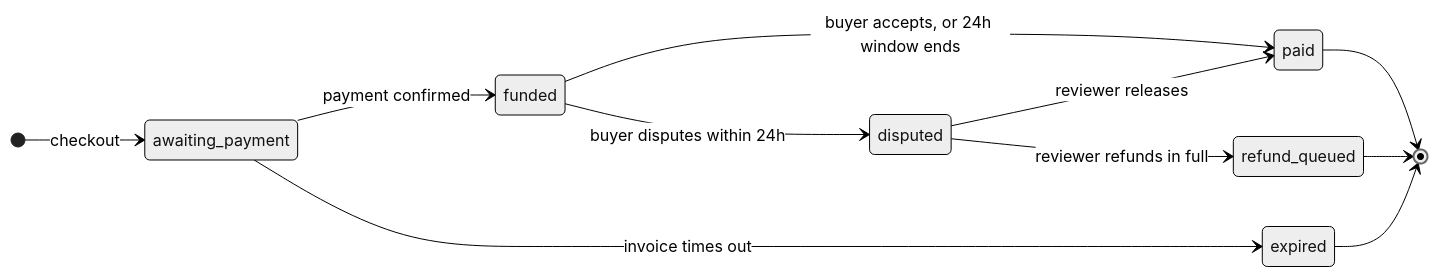
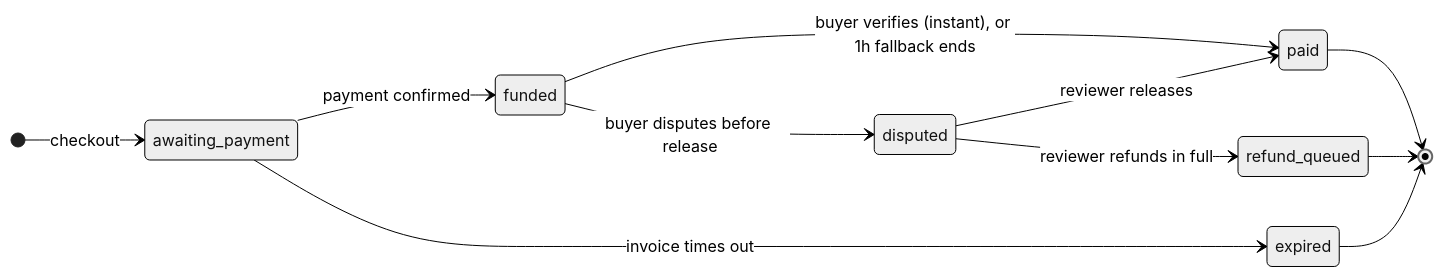
One commit to Timioni001/Gallery-Arcana changed the second of 3 diagrams in HACKATHON.md. Above: the diagram before and after it, drawn with Mermaid (neutral theme). The commit also changed other lines of this file and 12 other files, not shown here.

First line of the commit message:
Instant release on verified delivery; 1-hour fallback

````diff
--- a/HACKATHON.md
+++ b/HACKATHON.md
@@ -140,14 +140,14 @@
 ```mermaid
 stateDiagram-v2
     direction LR
     [*] --> awaiting_payment: checkout
     awaiting_payment --> expired: invoice times out
     awaiting_payment --> funded: payment confirmed
-    funded --> paid: buyer accepts, or 24h window ends
-    funded --> disputed: buyer disputes within 24h
+    funded --> paid: buyer verifies (instant), or 1h fallback ends
+    funded --> disputed: buyer disputes before release
     disputed --> paid: reviewer releases
     disputed --> refund_queued: reviewer refunds in full
     paid --> [*]
     refund_queued --> [*]
     expired --> [*]
 ```
````
